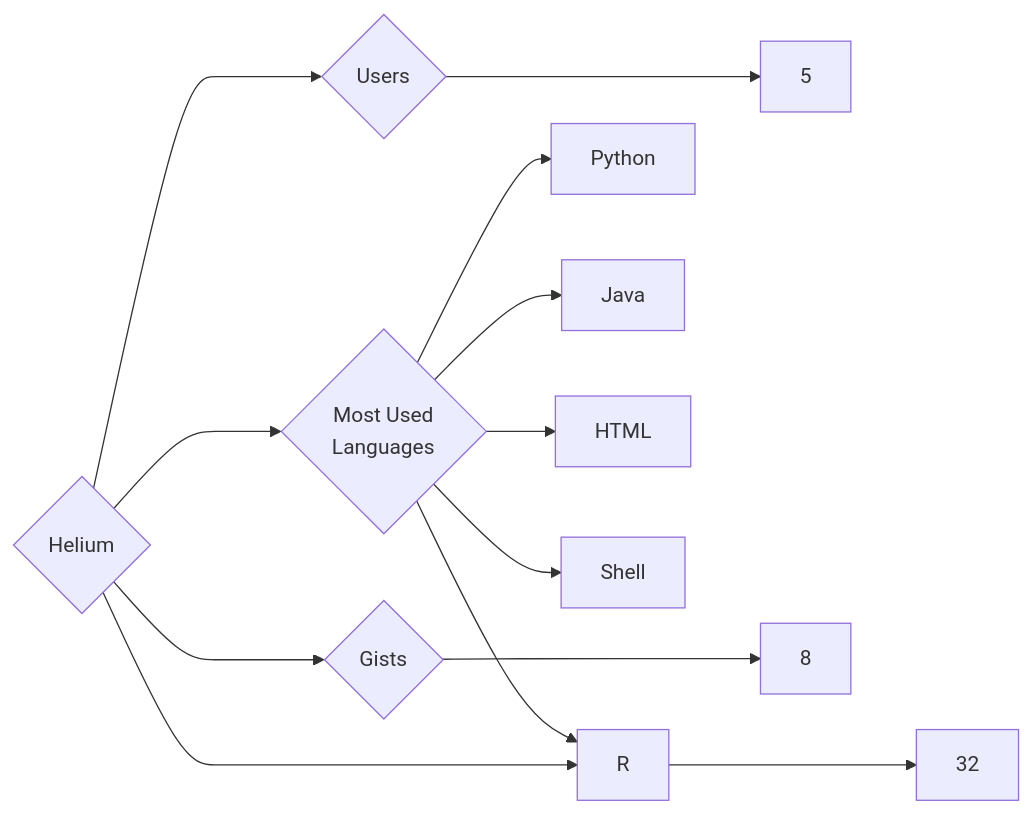
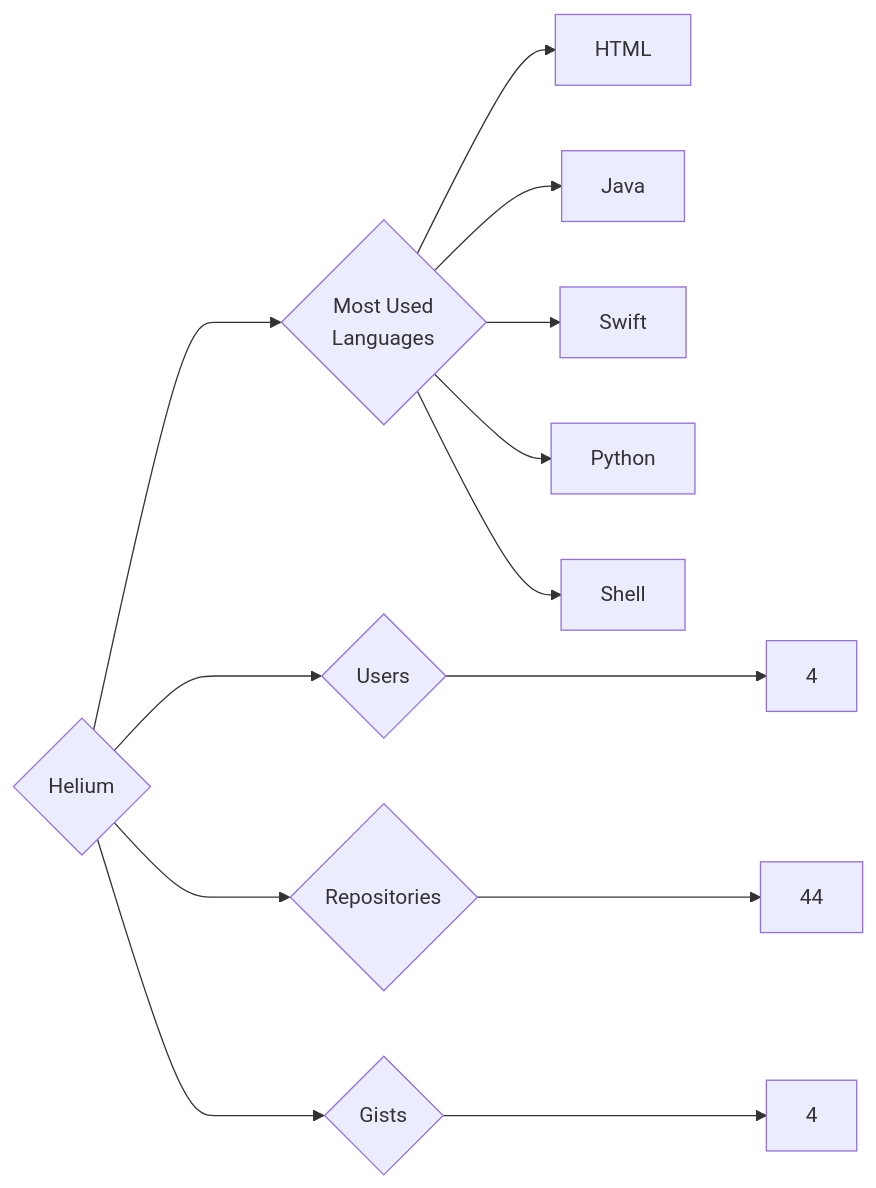
One commit to trickest/insiders changed the diagram in targets/Helium/README.md. Above: the diagram before and after it, drawn with Mermaid. The commit also changed 1078 other files, not shown here.

````diff
--- a/targets/Helium/README.md
+++ b/targets/Helium/README.md
@@ -3,13 +3,13 @@
 ```mermaid
 graph LR
 COMPANY_NAME{Helium}
-COMPANY_NAME ---> U{Users} ---> UN[5]
-COMPANY_NAME ---> R{Repositories} ---> RN[32]
-COMPANY_NAME ---> G{Gists} ---> GN[8]
+COMPANY_NAME ---> U{Users} ---> UN[4]
+COMPANY_NAME ---> R{Repositories} ---> RN[44]
+COMPANY_NAME ---> G{Gists} ---> GN[4]
 COMPANY_NAME ---> ML{Most Used<br>Languages}
+ML --> HTML[HTML]
+ML --> Java[Java]
+ML --> Swift[Swift]
 ML --> Python[Python]
-ML --> Java[Java]
-ML --> HTML[HTML]
 ML --> Shell[Shell]
-ML --> R[R]
 ```
````
